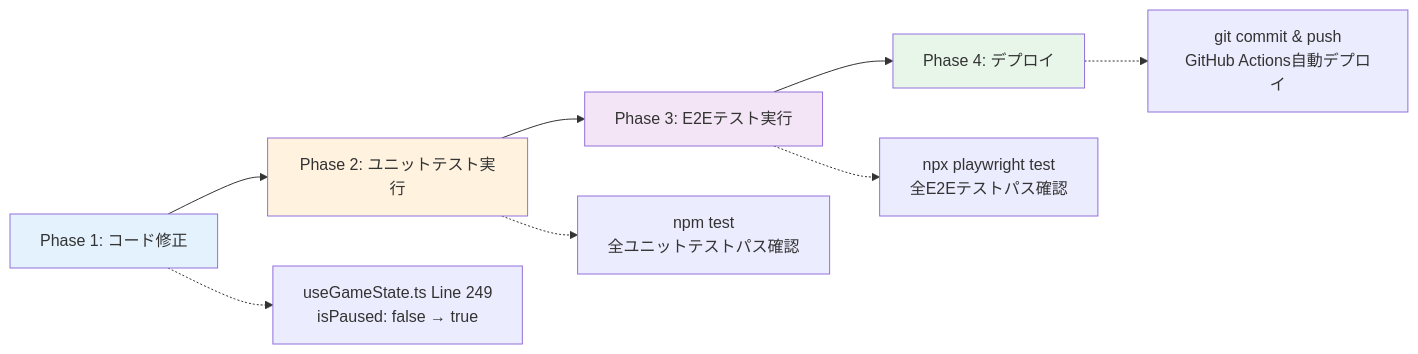
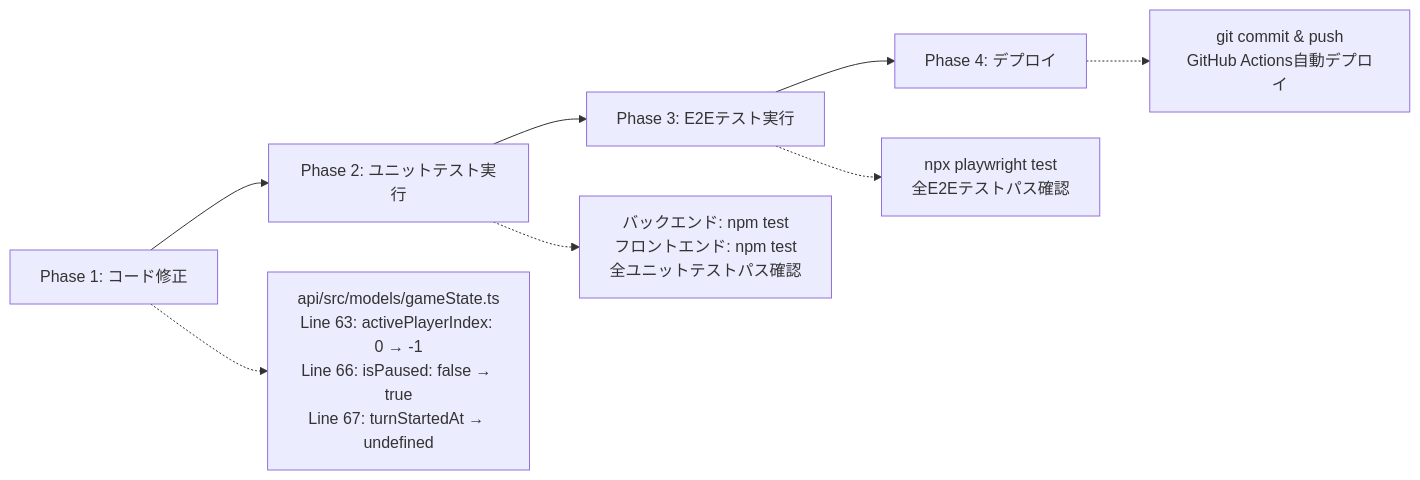
Before and after one commit to Jillrinn/tickTackFour: the fifth of 5 diagrams in .kiro/specs/reset-button-fix/design.md, drawn with Mermaid. The commit also changed other lines of this file and 1 other file, not shown here.

````diff
--- a/.kiro/specs/reset-button-fix/design.md
+++ b/.kiro/specs/reset-button-fix/design.md
@@ -531,26 +731,21 @@
 ```mermaid
 flowchart LR
     Phase1[Phase 1: コード修正]
     Phase2[Phase 2: ユニットテスト実行]
     Phase3[Phase 3: E2Eテスト実行]
     Phase4[Phase 4: デプロイ]
 
     Phase1 --> Phase2
     Phase2 --> Phase3
     Phase3 --> Phase4
 
-    Phase1_Detail[useGameState.ts Line 249<br/>isPaused: false → true]
-    Phase2_Detail[npm test<br/>全ユニットテストパス確認]
+    Phase1_Detail[api/src/models/gameState.ts<br/>Line 63: activePlayerIndex: 0 → -1<br/>Line 66: isPaused: false → true<br/>Line 67: turnStartedAt → undefined]
+    Phase2_Detail[バックエンド: npm test<br/>フロントエンド: npm test<br/>全ユニットテストパス確認]
     Phase3_Detail[npx playwright test<br/>全E2Eテストパス確認]
     Phase4_Detail[git commit & push<br/>GitHub Actions自動デプロイ]
 
     Phase1 -.-> Phase1_Detail
     Phase2 -.-> Phase2_Detail
     Phase3 -.-> Phase3_Detail
     Phase4 -.-> Phase4_Detail
-
-    style Phase1 fill:#e3f2fd
-    style Phase2 fill:#fff3e0
-    style Phase3 fill:#f3e5f5
-    style Phase4 fill:#e8f5e9
 ```
````
